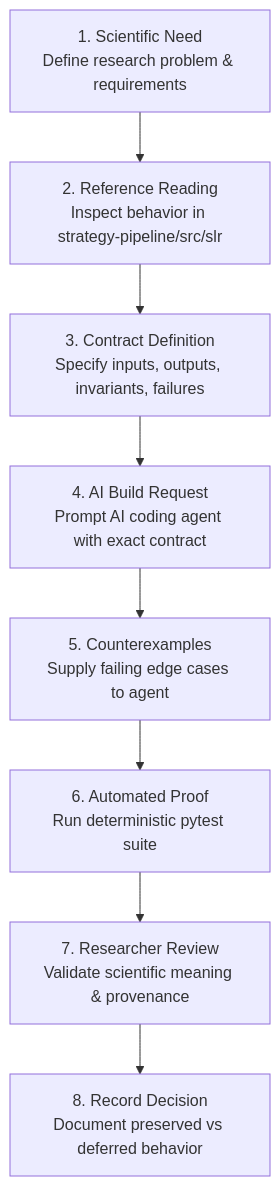
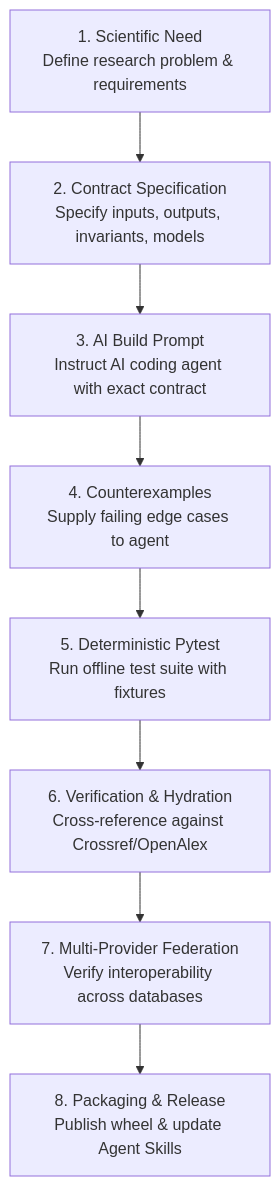
The diagram in docs/ai-build-curriculum.md (nexus-scholar/scholar-search-kit), drawn with Mermaid before and after one commit. The commit also changed other lines of this file and 137 other files, not shown here.

Commit message:
feat(core): complete overhaul of search engine, verifier, curriculum, presentations, and test suite

````diff
--- a/docs/ai-build-curriculum.md
+++ b/docs/ai-build-curriculum.md
@@ -11,10 +11,10 @@
 ```mermaid
 flowchart TD
-    Step1[1. Scientific Need<br/>Define research problem & requirements] --> Step2[2. Reference Reading<br/>Inspect behavior in strategy-pipeline/src/slr]
-    Step2 --> Step3[3. Contract Definition<br/>Specify inputs, outputs, invariants, failures]
-    Step3 --> Step4[4. AI Build Request<br/>Prompt AI coding agent with exact contract]
-    Step4 --> Step5[5. Counterexamples<br/>Supply failing edge cases to agent]
-    Step5 --> Step6[6. Automated Proof<br/>Run deterministic pytest suite]
-    Step6 --> Step7[7. Researcher Review<br/>Validate scientific meaning & provenance]
-    Step7 --> Step8[8. Record Decision<br/>Document preserved vs deferred behavior]
+    Step1[1. Scientific Need<br/>Define research problem & requirements] --> Step2[2. Contract Specification<br/>Specify inputs, outputs, invariants, models]
+    Step2 --> Step3[3. AI Build Prompt<br/>Instruct AI coding agent with exact contract]
+    Step3 --> Step4[4. Counterexamples<br/>Supply failing edge cases to agent]
+    Step4 --> Step5[5. Deterministic Pytest<br/>Run offline test suite with fixtures]
+    Step5 --> Step6[6. Verification & Hydration<br/>Cross-reference against Crossref/OpenAlex]
+    Step6 --> Step7[7. Multi-Provider Federation<br/>Verify interoperability across databases]
+    Step7 --> Step8[8. Packaging & Release<br/>Publish wheel & update Agent Skills]
 ```
````
